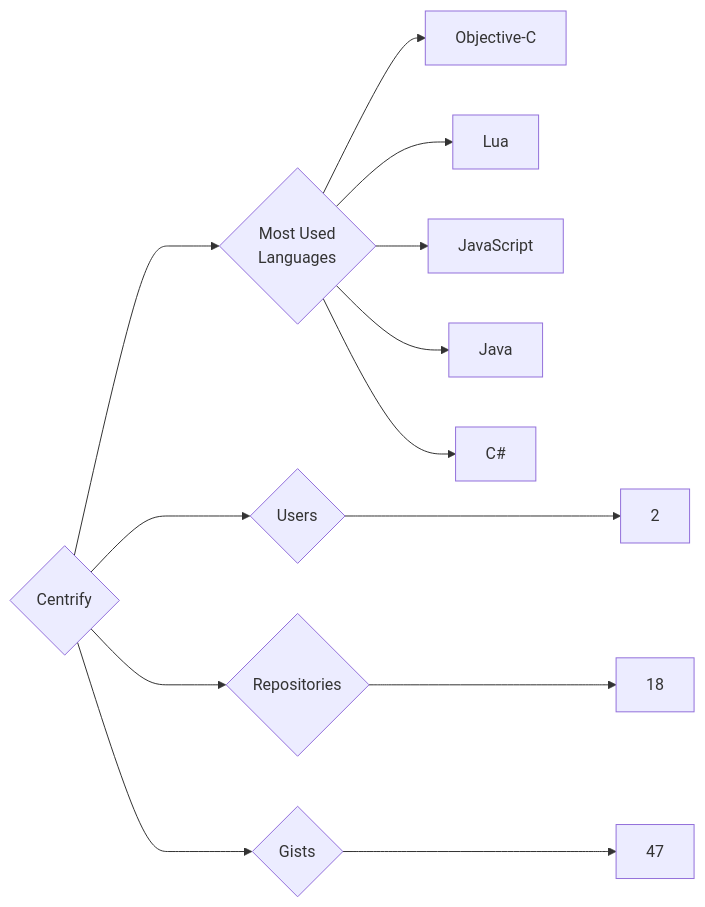
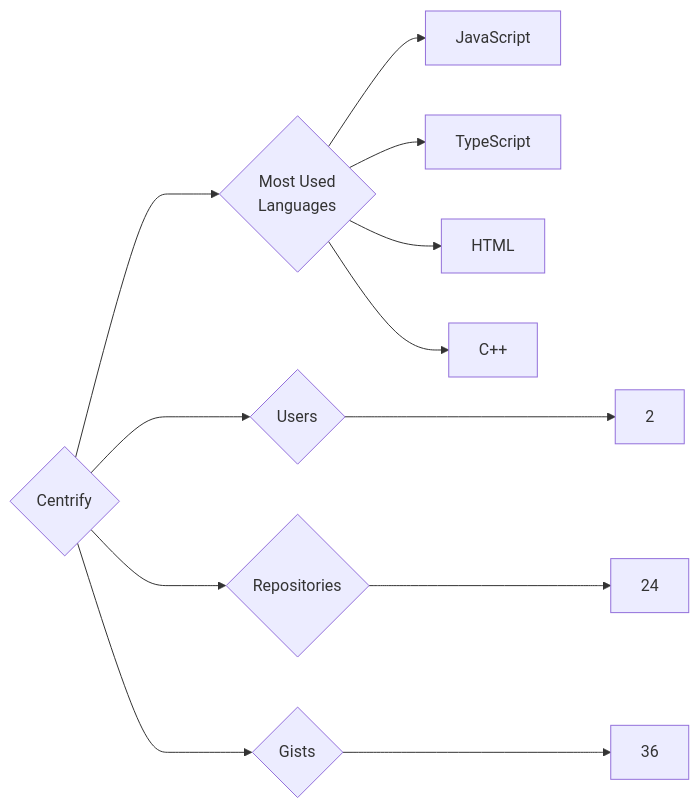
One commit to trickest/insiders changed the diagram in targets/Centrify/README.md. Above: the diagram before and after it, drawn with Mermaid. The commit also changed 786 other files, not shown here.

````diff
--- a/targets/Centrify/README.md
+++ b/targets/Centrify/README.md
@@ -3,13 +3,12 @@
 ```mermaid
 graph LR
 COMPANY_NAME{Centrify}
 COMPANY_NAME ---> U{Users} ---> UN[2]
-COMPANY_NAME ---> R{Repositories} ---> RN[18]
-COMPANY_NAME ---> G{Gists} ---> GN[47]
+COMPANY_NAME ---> R{Repositories} ---> RN[24]
+COMPANY_NAME ---> G{Gists} ---> GN[36]
 COMPANY_NAME ---> ML{Most Used<br>Languages}
-ML --> Objective-C[Objective-C]
-ML --> Lua[Lua]
 ML --> JavaScript[JavaScript]
-ML --> Java[Java]
-ML --> C#[C#]
+ML --> TypeScript[TypeScript]
+ML --> HTML[HTML]
+ML --> C++[C++]
 ```
````
